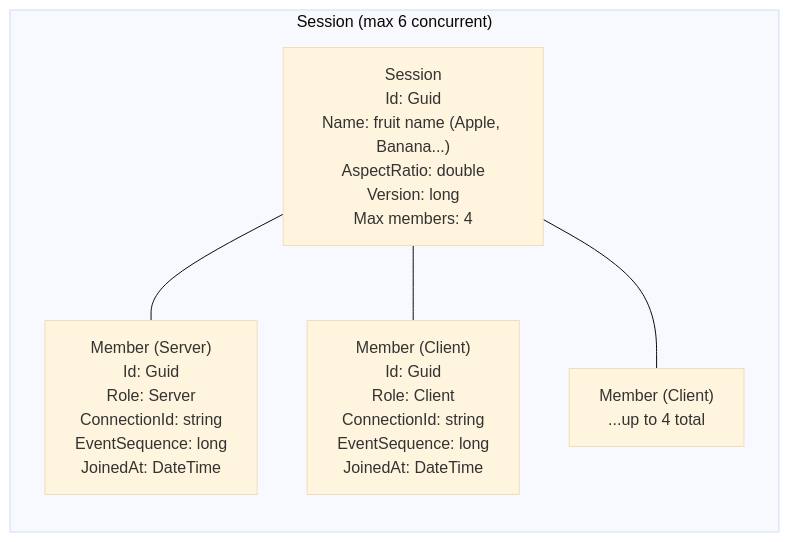
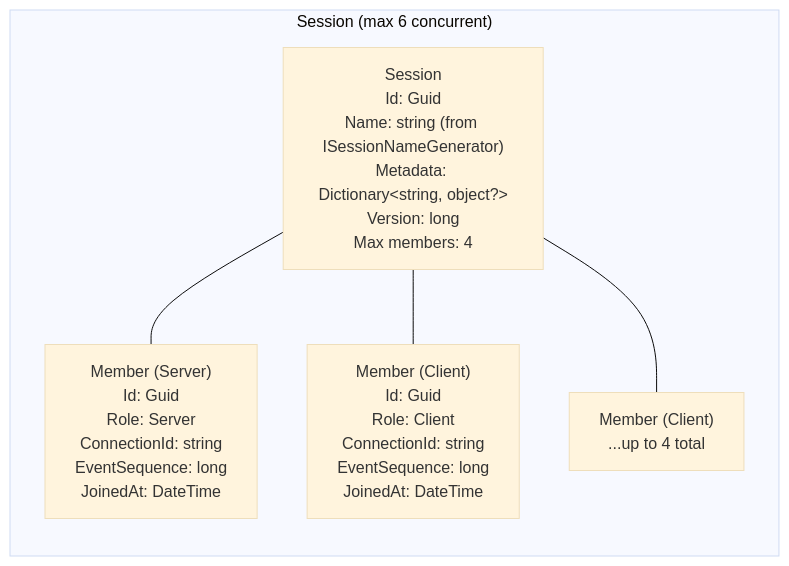
Diagram 16 of 33 in ARCHITECTURE.md (badvoidstar/asteroids), drawn with Mermaid (base theme) before and after one commit. The commit also changed other lines of this file, not shown here.

First line of the commit message:
docs: update ARCHITECTURE.md to current code state

````diff
--- a/ARCHITECTURE.md
+++ b/ARCHITECTURE.md
@@ -422,13 +471,13 @@
 ```mermaid
 graph LR
     subgraph "Session (max 6 concurrent)"
         direction TB
-        S["Session<br/>Id: Guid<br/>Name: fruit name (Apple, Banana...)<br/>AspectRatio: double<br/>Version: long<br/>Max members: 4"]
+        S["Session<br/>Id: Guid<br/>Name: string (from ISessionNameGenerator)<br/>Metadata: Dictionary&lt;string, object?&gt;<br/>Version: long<br/>Max members: 4"]
         M1["Member (Server)<br/>Id: Guid<br/>Role: Server<br/>ConnectionId: string<br/>EventSequence: long<br/>JoinedAt: DateTime"]
         M2["Member (Client)<br/>Id: Guid<br/>Role: Client<br/>ConnectionId: string<br/>EventSequence: long<br/>JoinedAt: DateTime"]
         M3["Member (Client)<br/>...up to 4 total"]
         S --- M1
         S --- M2
         S --- M3
     end
 ```
````
